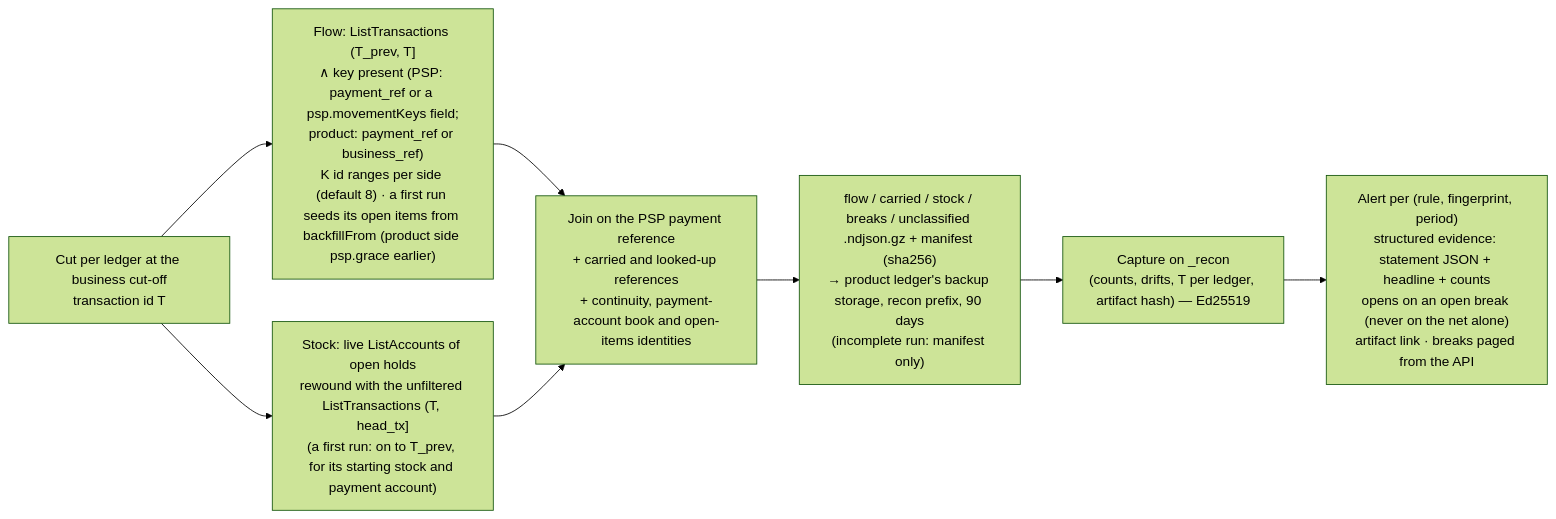
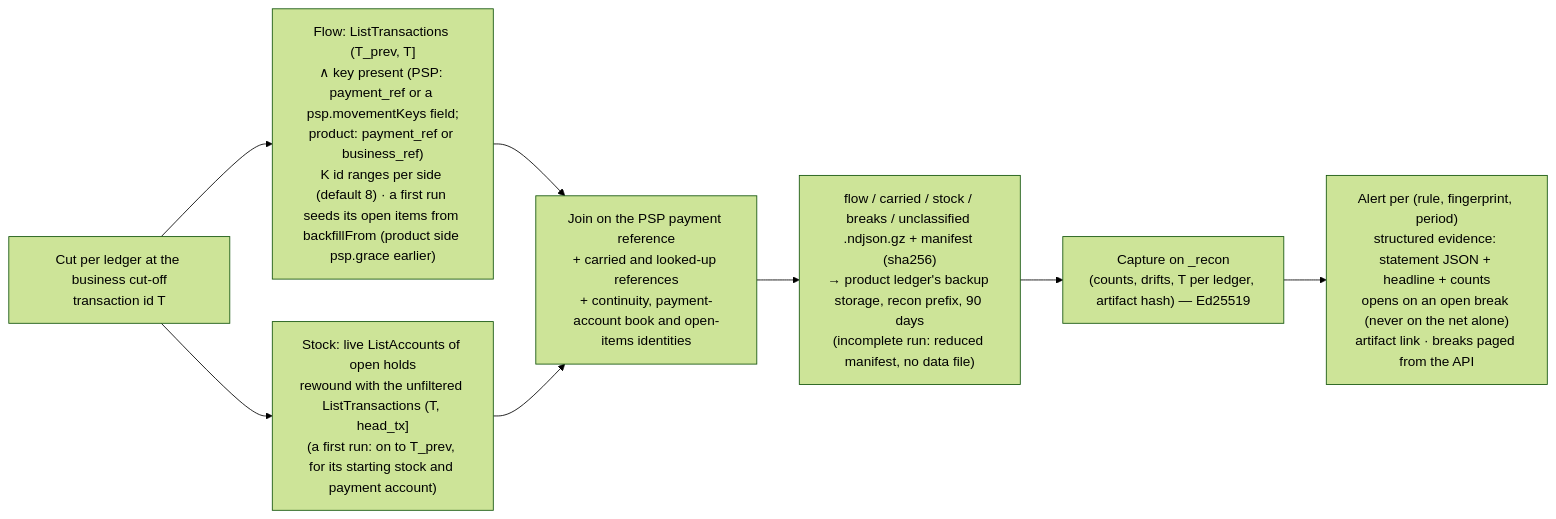
One commit to formancehq/reconciliation changed the ninth of 9 diagrams in docs/technical/workflows.md. Above: the diagram before and after it, drawn with Mermaid (forest theme). The commit also changed 12 other files, not shown here.

First line of the commit message:
docs(recon): an incomplete run writes a signed capture and a reduced manifest with a fixed field list

````diff
--- a/docs/technical/workflows.md
+++ b/docs/technical/workflows.md
@@ -326,10 +326,10 @@
 ```mermaid
 flowchart LR
     Cut["Cut per ledger at the business cut-off<br/>transaction id T"] --> Flow["Flow: ListTransactions (T_prev, T]<br/>∧ key present (PSP: payment_ref or a psp.movementKeys field;<br/>product: payment_ref or business_ref)<br/>K id ranges per side (default 8) · a first run seeds its open items from backfillFrom (product side psp.grace earlier)"]
     Cut --> Stock["Stock: live ListAccounts of open holds<br/>rewound with the unfiltered ListTransactions (T, head_tx]<br/>(a first run: on to T_prev, for its starting stock and payment account)"]
     Flow --> Join["Join on the PSP payment reference<br/>+ carried and looked-up references<br/>+ continuity, payment-account book and open-items identities"]
     Stock --> Join
-    Join --> Art["flow / carried / stock / breaks / unclassified .ndjson.gz + manifest (sha256)<br/>→ product ledger's backup storage, recon prefix, 90 days<br/>(incomplete run: manifest only)"]
+    Join --> Art["flow / carried / stock / breaks / unclassified .ndjson.gz + manifest (sha256)<br/>→ product ledger's backup storage, recon prefix, 90 days<br/>(incomplete run: reduced manifest, no data file)"]
     Art --> Cap["Capture on _recon<br/>(counts, drifts, T per ledger, artifact hash) — Ed25519"]
     Cap --> Alert["Alert per (rule, fingerprint, period)<br/>structured evidence: statement JSON + headline + counts<br/>opens on an open break (never on the net alone)<br/>artifact link · breaks paged from the API"]
 ```
````
